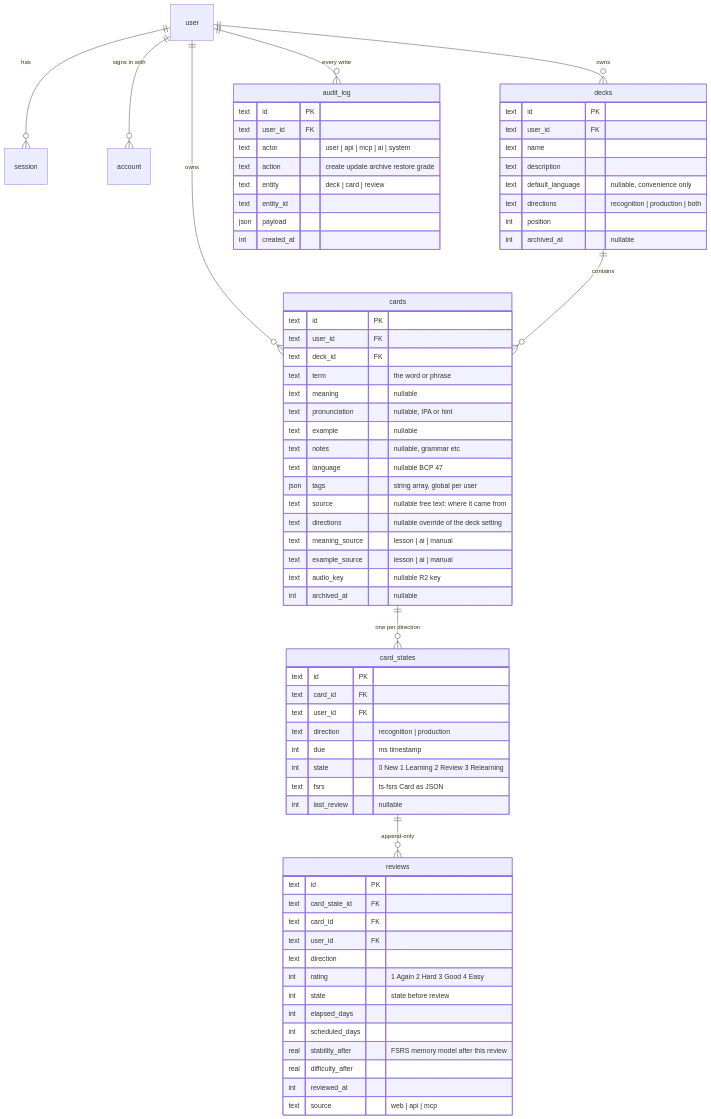
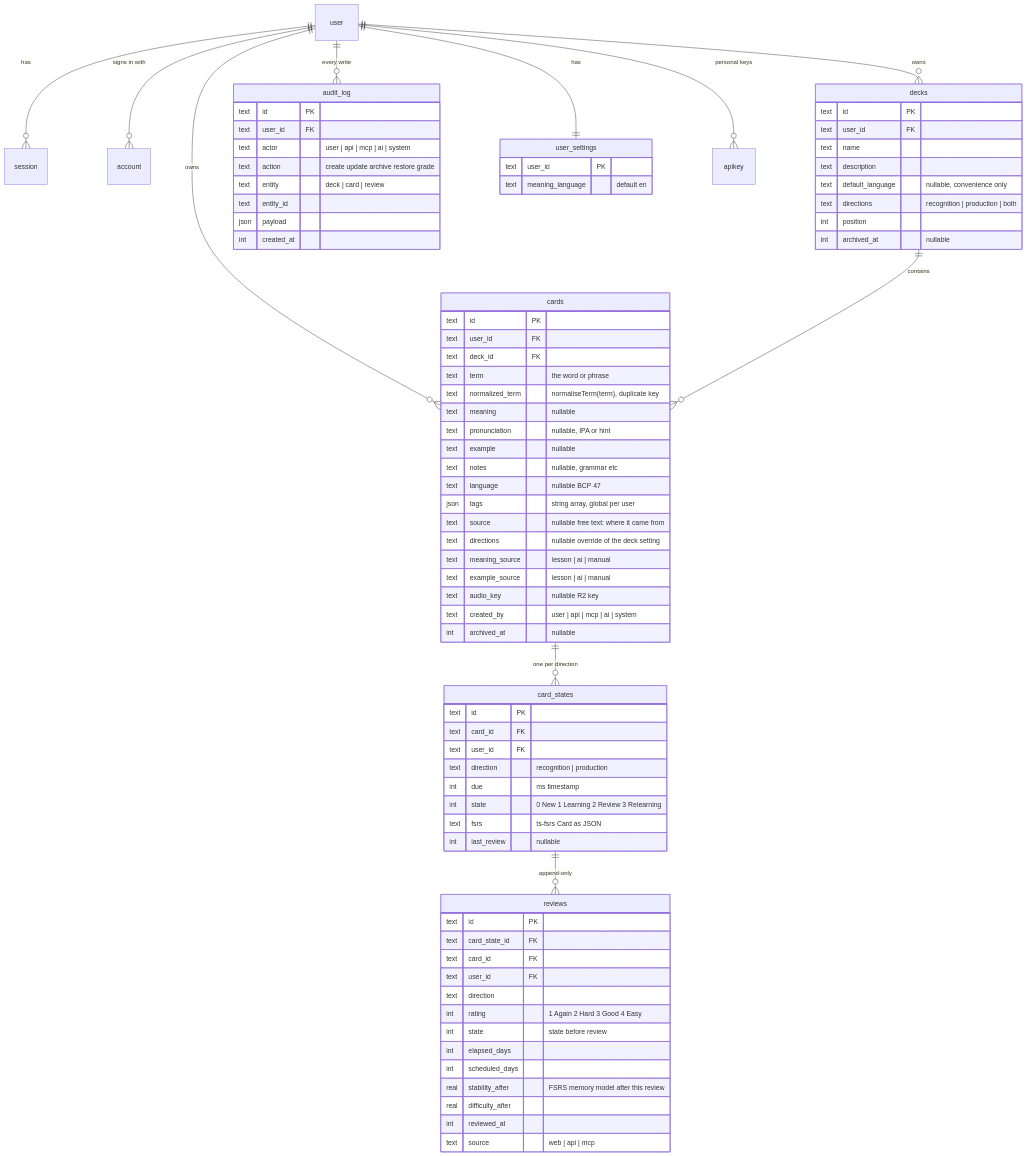
The diagram in docs/data-model.md (krambertech/lymi), drawn with Mermaid before and after one commit. The commit also changed other lines of this file and 13 other files, not shown here.

```diff
--- a/docs/data-model.md
+++ b/docs/data-model.md
@@ -14,6 +14,8 @@
   cards ||--o{ card_states : "one per direction"
   card_states ||--o{ reviews : "append-only"
   user ||--o{ audit_log : "every write"
+  user ||--|| user_settings : has
+  user ||--o{ apikey : "personal keys"
 
   decks {
     text id PK
@@ -30,6 +32,7 @@
     text user_id FK
     text deck_id FK
     text term "the word or phrase"
+    text normalized_term "normaliseTerm(term), duplicate key"
     text meaning "nullable"
     text pronunciation "nullable, IPA or hint"
     text example "nullable"
@@ -41,7 +44,12 @@
     text meaning_source "lesson | ai | manual"
     text example_source "lesson | ai | manual"
     text audio_key "nullable R2 key"
+    text created_by "user | api | mcp | ai | system"
     int archived_at "nullable"
+  }
+  user_settings {
+    text user_id PK
+    text meaning_language "default en"
   }
   card_states {
     text id PK
```
